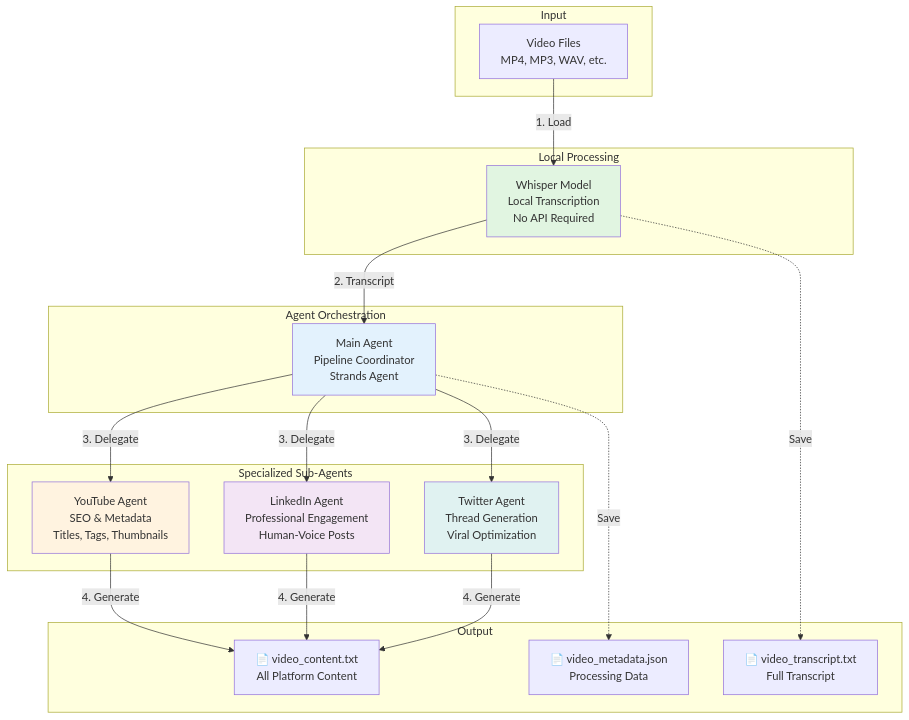
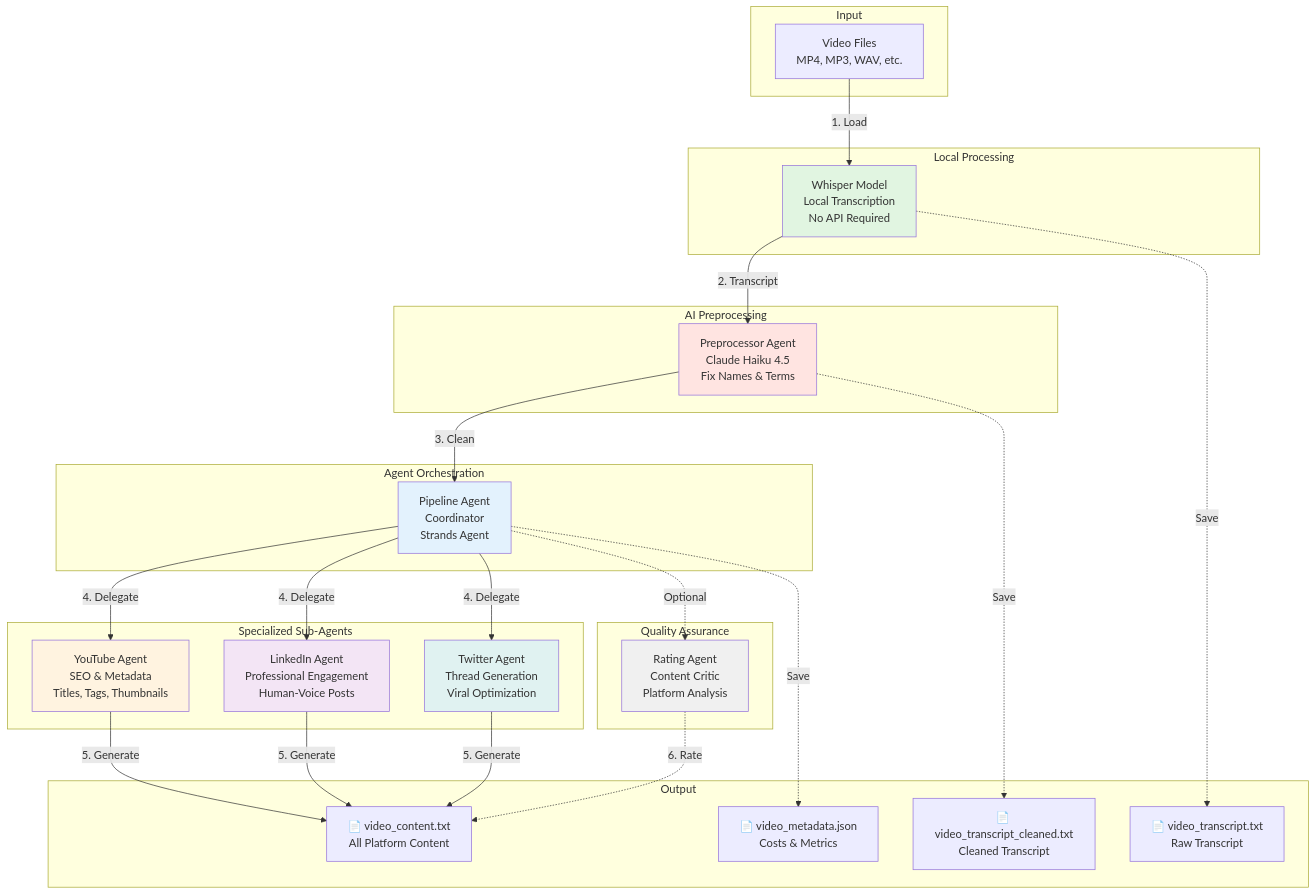
One commit to labeveryday/content-copy-pipeline changed the first of 2 diagrams in README.md. Above: the diagram before and after it, drawn with Mermaid. The commit also changed other lines of this file and 28 other files, not shown here.

````diff
--- a/README.md
+++ b/README.md
@@ -13,43 +13,58 @@
 ```mermaid
 graph TB
     subgraph Input
         V[Video Files<br/>MP4, MP3, WAV, etc.]
     end
 
     subgraph "Local Processing"
         W[Whisper Model<br/>Local Transcription<br/>No API Required]
     end
 
+    subgraph "AI Preprocessing"
+        P[Preprocessor Agent<br/>Claude Haiku 4.5<br/>Fix Names & Terms]
+    end
+
     subgraph "Agent Orchestration"
-        MA[Main Agent<br/>Pipeline Coordinator<br/>Strands Agent]
+        MA[Pipeline Agent<br/>Coordinator<br/>Strands Agent]
     end
 
     subgraph "Specialized Sub-Agents"
         YT[YouTube Agent<br/>SEO & Metadata<br/>Titles, Tags, Thumbnails]
         LI[LinkedIn Agent<br/>Professional Engagement<br/>Human-Voice Posts]
         TW[Twitter Agent<br/>Thread Generation<br/>Viral Optimization]
     end
 
+    subgraph "Quality Assurance"
+        R[Rating Agent<br/>Content Critic<br/>Platform Analysis]
+    end
+
     subgraph Output
         OUT1[📄 video_content.txt<br/>All Platform Content]
-        OUT2[📄 video_transcript.txt<br/>Full Transcript]
-        OUT3[📄 video_metadata.json<br/>Processing Data]
+        OUT2[📄 video_transcript.txt<br/>Raw Transcript]
+        OUT2C[📄 video_transcript_cleaned.txt<br/>Cleaned Transcript]
+        OUT3[📄 video_metadata.json<br/>Costs & Metrics]
     end
 
     V -->|1. Load| W
-    W -->|2. Transcript| MA
-    MA -->|3. Delegate| YT
-    MA -->|3. Delegate| LI
-    MA -->|3. Delegate| TW
-    YT -->|4. Generate| OUT1
-    LI -->|4. Generate| OUT1
-    TW -->|4. Generate| OUT1
+    W -->|2. Transcript| P
+    P -->|3. Clean| MA
+    MA -->|4. Delegate| YT
+    MA -->|4. Delegate| LI
+    MA -->|4. Delegate| TW
+    YT -->|5. Generate| OUT1
+    LI -->|5. Generate| OUT1
+    TW -->|5. Generate| OUT1
+    MA -.->|Optional| R
+    R -.->|6. Rate| OUT1
     W -.->|Save| OUT2
+    P -.->|Save| OUT2C
     MA -.->|Save| OUT3
 
     style W fill:#e1f5e1
+    style P fill:#ffe4e1
     style MA fill:#e3f2fd
     style YT fill:#fff3e0
     style LI fill:#f3e5f5
     style TW fill:#e0f2f1
+    style R fill:#f0f0f0
 ```
````
